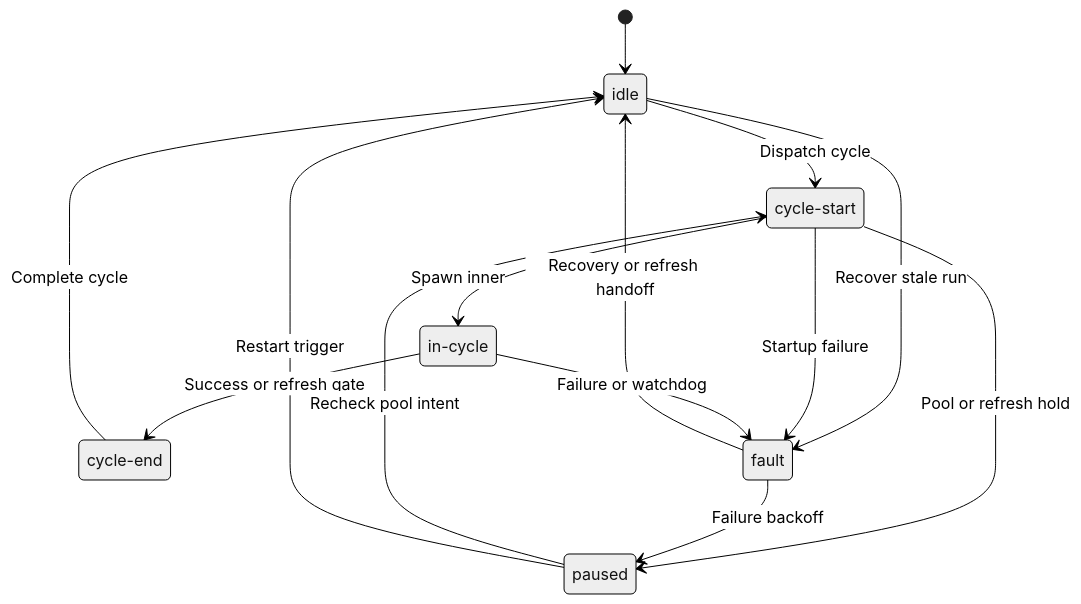
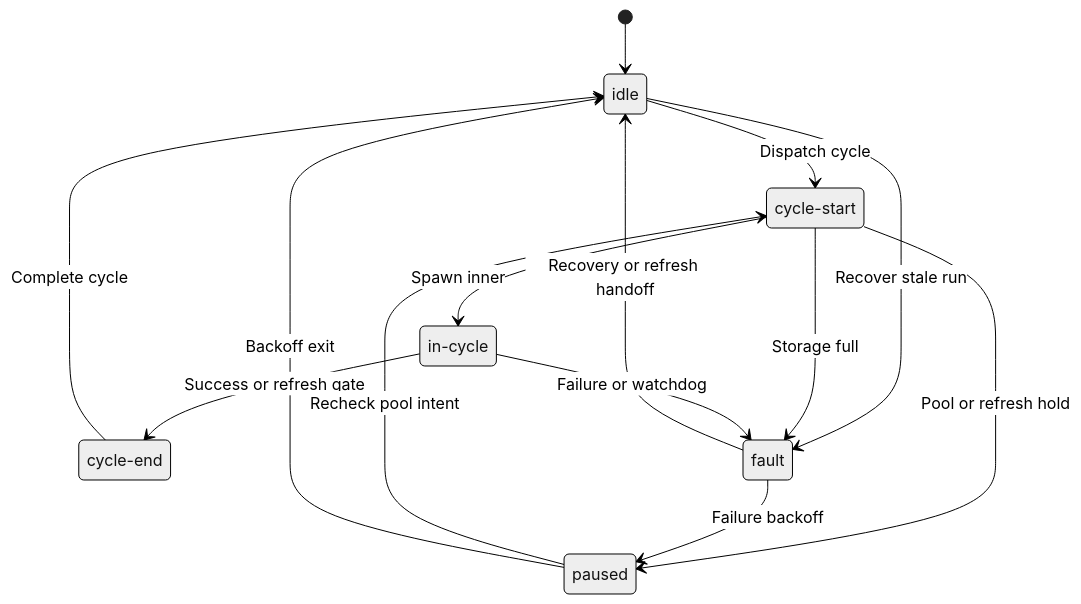
One commit to alissonsol/yuruna changed the first of 2 diagrams in docs/design/04-lifecycle-state.md. Above: the diagram before and after it, drawn with Mermaid (neutral theme). The commit also changed other lines of this file and 1304 other files, not shown here.

````diff
--- a/docs/design/04-lifecycle-state.md
+++ b/docs/design/04-lifecycle-state.md
@@ -7,22 +7,22 @@
 ```mermaid
 stateDiagram-v2
     state "idle" as idle
     state "cycle-start" as cycle_start
     state "in-cycle" as in_cycle
     state "cycle-end" as cycle_end
     state "fault" as fault
     state "paused" as paused
     [*] --> idle
     idle --> cycle_start: Dispatch cycle
     idle --> fault: Recover stale run
     cycle_start --> in_cycle: Spawn inner
     cycle_start --> paused: Pool or refresh hold
-    cycle_start --> fault: Startup failure
+    cycle_start --> fault: Storage full
     in_cycle --> cycle_end: Success or refresh gate
     in_cycle --> fault: Failure or watchdog
     cycle_end --> idle: Complete cycle
     fault --> paused: Failure backoff
     fault --> idle: Recovery or refresh handoff
     paused --> cycle_start: Recheck pool intent
-    paused --> idle: Restart trigger
+    paused --> idle: Backoff exit
 ```
````
